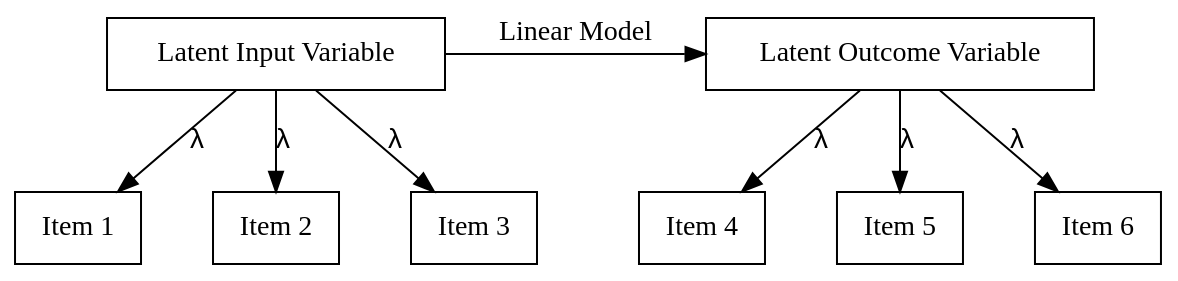
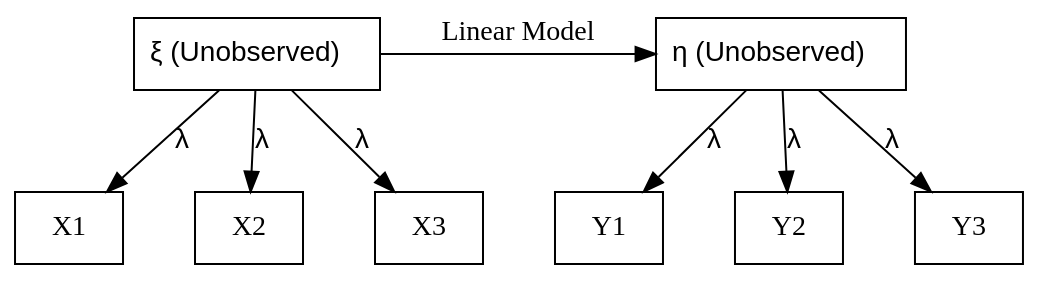
One commit to kevinli03/pspe changed the first of 2 diagrams in latent/sem.qmd. Above: the diagram before and after it, drawn with Graphviz. The commit also changed other lines of this file and 66 other files, not shown here.

````diff
--- a/latent/sem.qmd
+++ b/latent/sem.qmd
@@ -8,28 +8,28 @@
 ```{dot}
 //| fig-width: 6
 //| fig-height: 1.2
 digraph example2 {
   bgcolor="transparent";
   // Nodes
-  F1 [shape=box, pos = "0,0!", label="Latent Input Variable"]
-  X1 [shape=box, pos = "2,0!", label="Item 1"]
-  X2 [shape=box, pos = "1,-2!", label="Item 2"]
-  X3 [shape=box, pos="1,0!", label="Item 3"]
-  F2 [shape=box, pos = "0,0!", label="Latent Outcome Variable"]
-  X4 [shape=box, pos = "2,0!", label="Item 4"]
-  X5 [shape=box, pos = "1,-2!", label="Item 5"]
-  X6 [shape=box, pos="1,0!", label="Item 6"]
+  F1 [shape=box, label=<<FONT FACE="Helvetica">&xi; (Unobserved)</FONT>>]
+  X1 [shape=box, pos = "2,0!", label="X1"]
+  X2 [shape=box, pos = "1,-2!", label="X2"]
+  X3 [shape=box, pos="1,0!", label="X3"]
+  F2 [shape=box, label=<<FONT FACE="Helvetica">&eta; (Unobserved)</FONT>>]
+  X4 [shape=box, pos = "2,0!", label="Y1"]
+  X5 [shape=box, pos = "1,-2!", label="Y2"]
+  X6 [shape=box, pos="1,0!", label="Y3"]
 
   // Edges
   {F1 -> X1 [label=<<FONT FACE="Arial">&lambda;</FONT>>]}
   {F1 -> X2 [label=<<FONT FACE="Arial">&lambda;</FONT>>]}
   {F1 -> X3 [label=<<FONT FACE="Arial">&lambda;</FONT>>]}
   {F2 -> X4 [label=<<FONT FACE="Arial">&lambda;</FONT>>]}
   {F2 -> X5 [label=<<FONT FACE="Arial">&lambda;</FONT>>]}
   {F2 -> X6 [label=<<FONT FACE="Arial">&lambda;</FONT>>]}
   {rank=same; F1 -> F2 [label="Linear Model"]}
   
   graph [nodesep=0.5, ranksep=0.5]
 
 }
 ```
````
